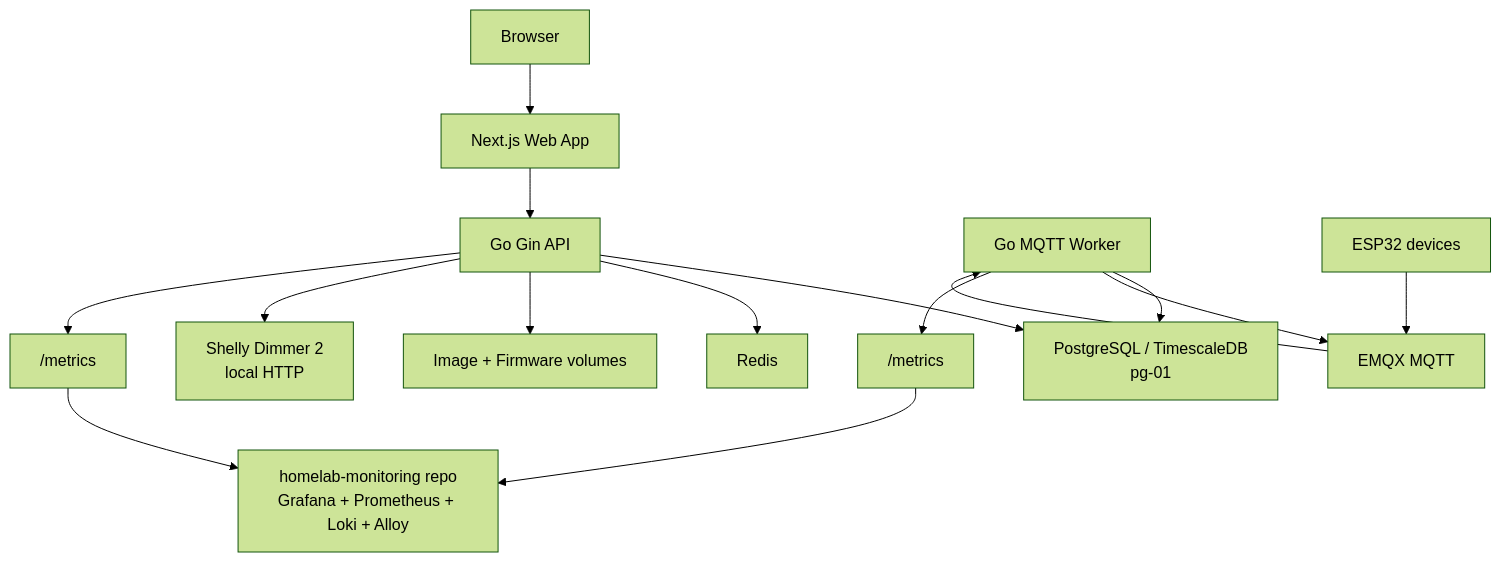
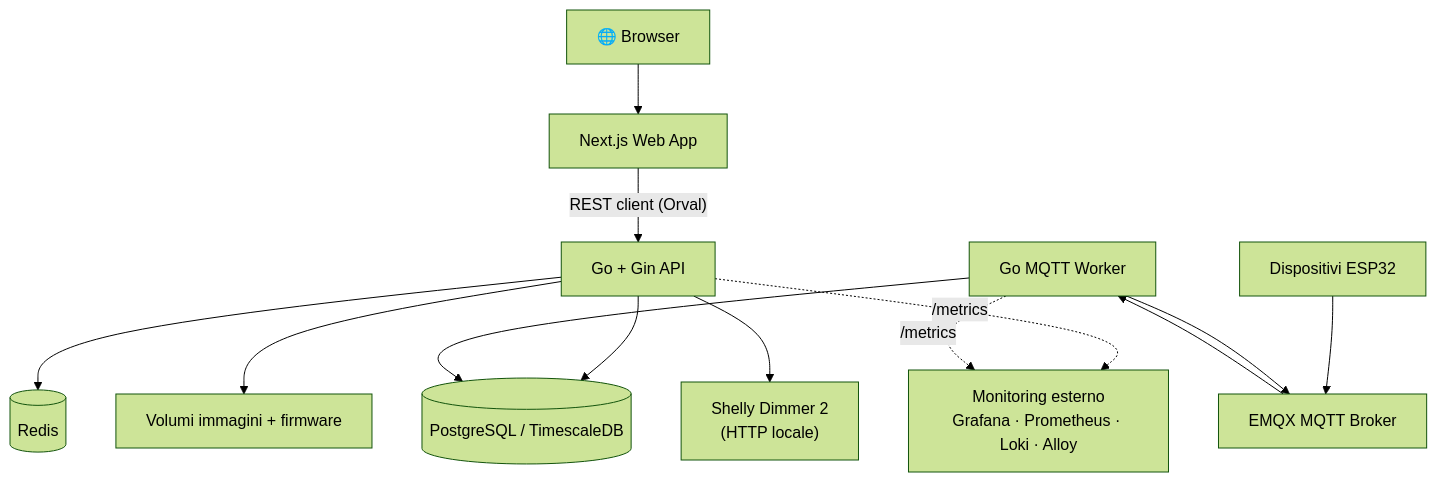
Before and after one commit to MicheliAndrea/growlab: the diagram in README.md, drawn with Mermaid (forest theme). The commit also changed other lines of this file, not shown here.

````diff
--- a/README.md
+++ b/README.md
@@ -65,17 +105,18 @@
 ```mermaid
 flowchart TD
-    Browser["Browser"] --> Web["Next.js Web App"]
-    Web --> API["Go Gin API"]
-    API --> DB["PostgreSQL / TimescaleDB<br/>pg-01"]
-    API --> Redis["Redis"]
-    API --> Storage["Image + Firmware volumes"]
-    API --> Shelly["Shelly Dimmer 2<br/>local HTTP"]
+    Browser["🌐 Browser"] --> Web["Next.js Web App"]
+    Web -->|"REST client (Orval)"| API["Go + Gin API"]
+
+    API --> DB[("PostgreSQL / TimescaleDB")]
+    API --> Redis[("Redis")]
+    API --> Storage["Volumi immagini + firmware"]
+    API --> Shelly["Shelly Dimmer 2<br/>(HTTP locale)"]
+
     Worker["Go MQTT Worker"] --> DB
-    Worker --> EMQX["EMQX MQTT"]
-    ESP32["ESP32 devices"] --> EMQX
-    EMQX --> Worker
-    API --> Metrics["/metrics"]
-    Worker --> WorkerMetrics["/metrics"]
-    Metrics --> Monitoring["homelab-monitoring repo<br/>Grafana + Prometheus + Loki + Alloy"]
-    WorkerMetrics --> Monitoring
+    EMQX["EMQX MQTT Broker"] --> Worker
+    ESP32["Dispositivi ESP32"] --> EMQX
+    Worker --> EMQX
+
+    API -.->|"/metrics"| Monitoring["Monitoring esterno<br/>Grafana · Prometheus · Loki · Alloy"]
+    Worker -.->|"/metrics"| Monitoring
 ```
````
